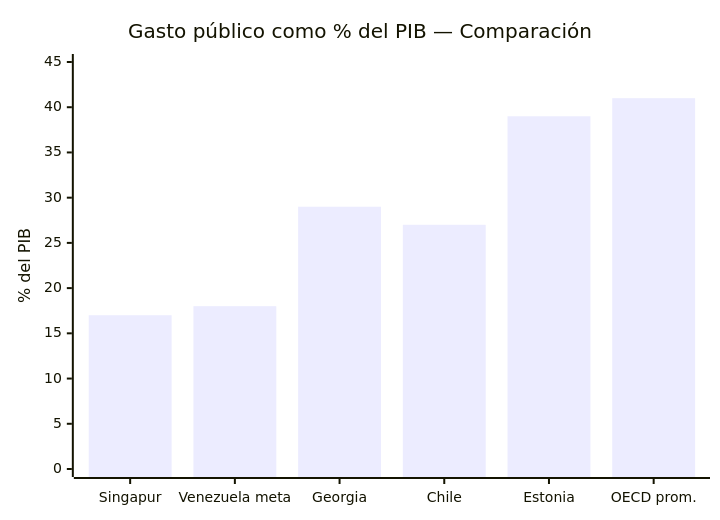
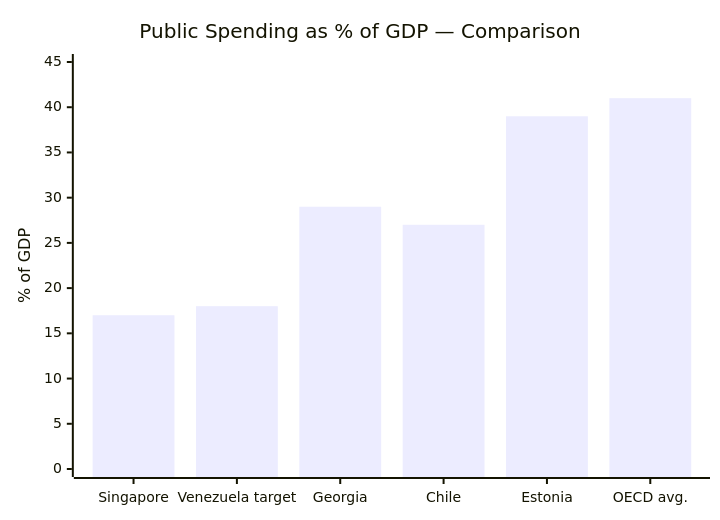
Before and after one commit to Venezuela-S-A/venezuela-sa: the eighth of 14 diagrams in i18n/en/docusaurus-plugin-content-docs/current/04-gobernanza/modelo-estado.md, drawn with Mermaid. The commit also changed other lines of this file and 127 other files, not shown here.

````diff
--- a/i18n/en/docusaurus-plugin-content-docs/current/04-gobernanza/modelo-estado.md
+++ b/i18n/en/docusaurus-plugin-content-docs/current/04-gobernanza/modelo-estado.md
@@ -195,7 +572,7 @@
 ```mermaid
 xychart-beta
-    title "Gasto público como % del PIB — Comparación"
-    x-axis ["Singapur", "Venezuela meta", "Georgia", "Chile", "Estonia", "OECD prom."]
-    y-axis "% del PIB" 0 --> 45
+    title "Public Spending as % of GDP — Comparison"
+    x-axis ["Singapore", "Venezuela target", "Georgia", "Chile", "Estonia", "OECD avg."]
+    y-axis "% of GDP" 0 --> 45
     bar [17, 18, 29, 27, 39, 41]
 ```
````
